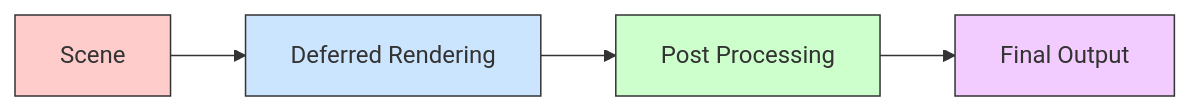
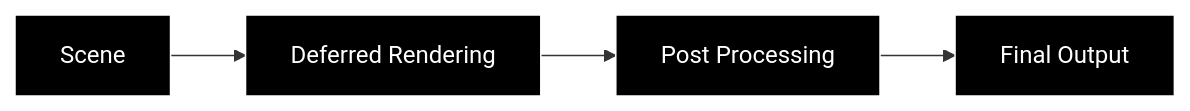
Before and after one commit to ukonpower/OREngine: the second of 2 diagrams in docs/README.md, drawn with Mermaid. The commit also changed other lines of this file and 5 other files, not shown here.

Commit message:
docs: switch diagrams to dark theme

````diff
--- a/docs/README.md
+++ b/docs/README.md
@@ -96,11 +96,11 @@
 ```mermaid
 graph LR
     Scene[Scene] --> Deferred[Deferred Rendering]
     Deferred --> Post[Post Processing]
     Post --> Final[Final Output]
 
-    style Scene fill:#ffcccc,stroke:#333
-    style Deferred fill:#cce5ff,stroke:#333
-    style Post fill:#ccffcc,stroke:#333
-    style Final fill:#f3ccff,stroke:#333
+    style Scene fill:#000,stroke:#fff,color:#fff
+    style Deferred fill:#000,stroke:#fff,color:#fff
+    style Post fill:#000,stroke:#fff,color:#fff
+    style Final fill:#000,stroke:#fff,color:#fff
 ```
````
